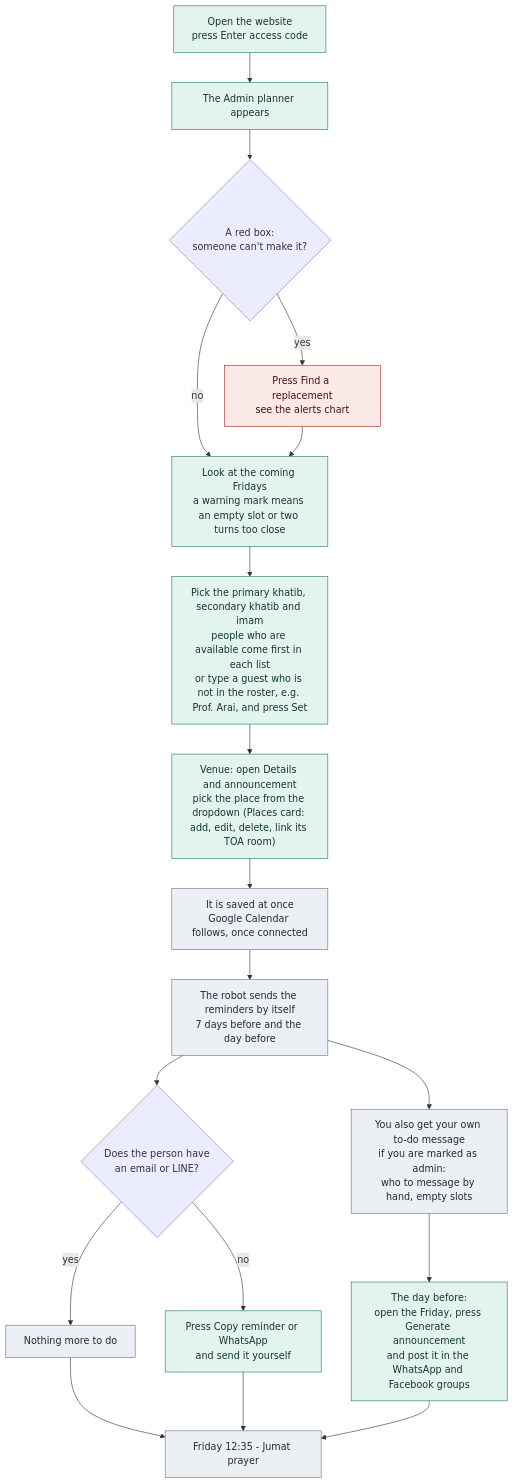
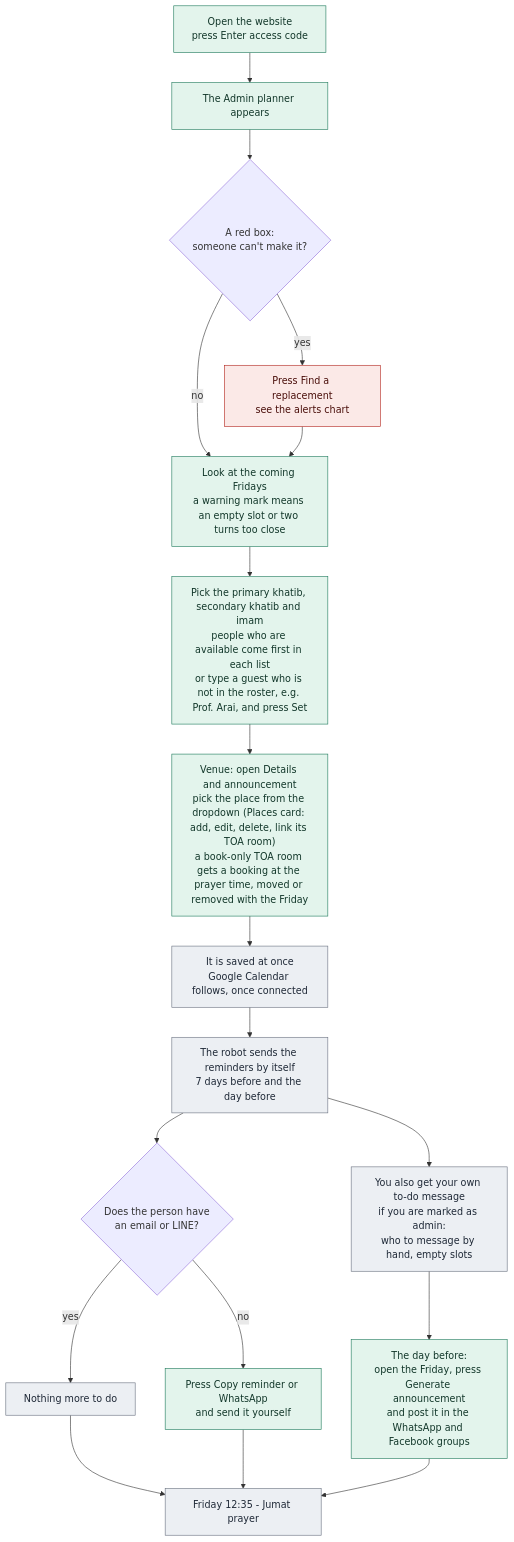
The diagram in public/flows/admin-week.mmd (mushaffarasyidridha/Jumat-Scheduler-NAIST), drawn with Mermaid before and after one commit. The commit also changed 10 other files, not shown here.

First line of the commit message:
TOA bookings: book-only rooms get a booking at every scheduled prayer

```diff
--- a/public/flows/admin-week.mmd
+++ b/public/flows/admin-week.mmd
@@ -1,25 +1,25 @@
 flowchart TD
   A["Open the website<br/>press Enter access code"] --> B["The Admin planner appears"]
   B --> C{"A red box:<br/>someone can't make it?"}
   C -->|"yes"| C1["Press Find a replacement<br/>see the alerts chart"]
   C -->|"no"| D
   C1 --> D["Look at the coming Fridays<br/>a warning mark means an empty slot or two turns too close"]
   D --> E["Pick the primary khatib, secondary khatib and imam<br/>people who are available come first in each list<br/>or type a guest who is not in the roster, e.g. Prof. Arai, and press Set"]
-  E --> E2["Venue: open Details and announcement<br/>pick the place from the dropdown (Places card: add, edit, delete, link its TOA room)"]
+  E --> E2["Venue: open Details and announcement<br/>pick the place from the dropdown (Places card: add, edit, delete, link its TOA room)<br/>a book-only TOA room gets a booking at the prayer time, moved or removed with the Friday"]
   E2 --> F["It is saved at once<br/>Google Calendar follows, once connected"]
   F --> G["The robot sends the reminders by itself<br/>7 days before and the day before"]
   G --> H{"Does the person have<br/>an email or LINE?"}
   H -->|"yes"| I["Nothing more to do"]
   H -->|"no"| J["Press Copy reminder or WhatsApp<br/>and send it yourself"]
   G --> K["You also get your own to-do message<br/>if you are marked as admin:<br/>who to message by hand, empty slots"]
   K --> L["The day before:<br/>open the Friday, press Generate announcement<br/>and post it in the WhatsApp and Facebook groups"]
   I --> M["Friday 12:35 - Jumat prayer"]
   J --> M
   L --> M
 
   classDef admin fill:#e3f4ec,stroke:#1f7a5c,color:#12372a
   classDef robot fill:#eceff3,stroke:#6b7280,color:#1f2937
   classDef warn fill:#fbe9e7,stroke:#b3261e,color:#4a0f0b
   class E2,A,B,D,E,J,L admin
   class F,G,I,K,M robot
   class C1 warn
```
